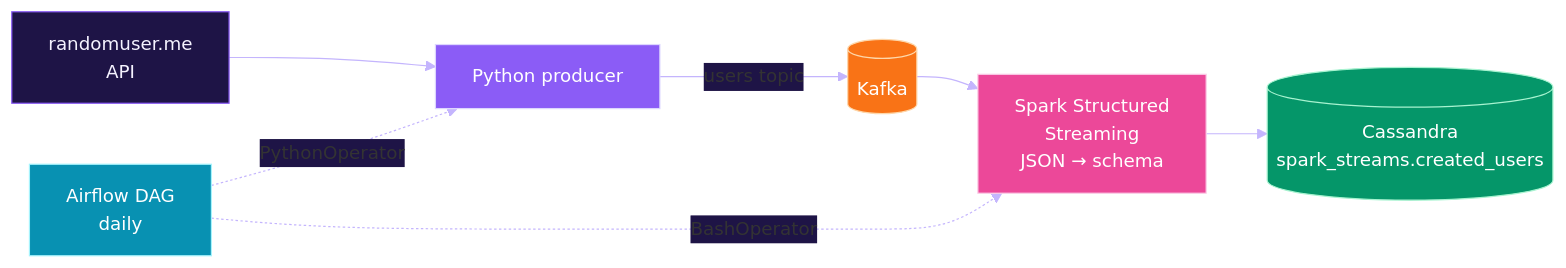
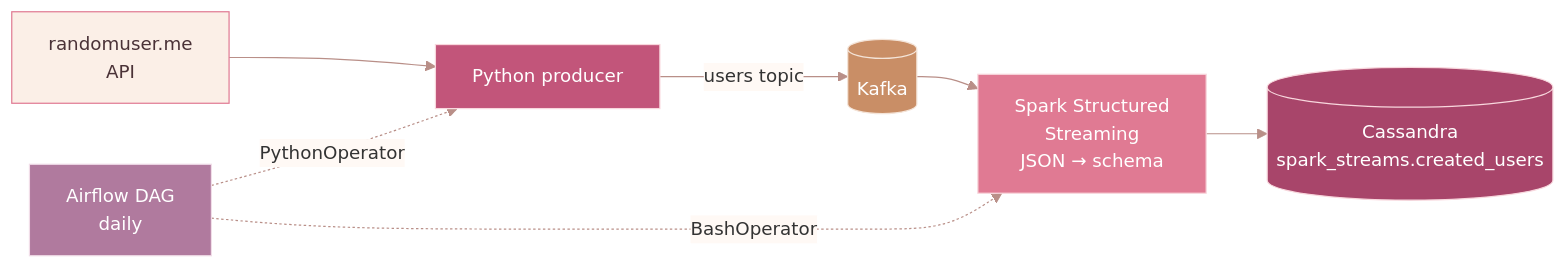
The third of 5 diagrams in README.md (itzzshut/itzzshut), drawn with Mermaid before and after one commit. The commit also changed other lines of this file and 7 other files, not shown here.

````diff
--- a/README.md
+++ b/README.md
@@ -180,16 +165,16 @@
 ```mermaid
-%%{init: {"theme":"base","themeVariables":{"lineColor":"#C4B5FD","edgeLabelBackground":"#1E1446","fontSize":"15px"}}}%%
+%%{init: {"theme":"base","themeVariables":{"lineColor":"#B98F88","edgeLabelBackground":"#FFF9F5","fontSize":"15px"}}}%%
 flowchart LR
     API["randomuser.me<br>API"] --> P["Python producer"]
     P -->|users topic| K[("Kafka")]
     K --> S["Spark Structured<br>Streaming<br>JSON → schema"]
     S --> C[("Cassandra<br>spark_streams.created_users")]
     AF["Airflow DAG<br>daily"] -.->|PythonOperator| P
     AF -.->|BashOperator| S
-    style API fill:#1E1446,stroke:#8B5CF6,color:#F5F3FF
-    style P fill:#8B5CF6,stroke:#DDD6FE,color:#FFFFFF
-    style K fill:#F97316,stroke:#FED7AA,color:#FFFFFF
-    style S fill:#EC4899,stroke:#FBCFE8,color:#FFFFFF
-    style C fill:#059669,stroke:#A7F3D0,color:#FFFFFF
-    style AF fill:#0891B2,stroke:#A5F3FC,color:#FFFFFF
+    style API fill:#FBEFE7,stroke:#E07A93,color:#4A3237
+    style P fill:#C2557A,stroke:#F8D7DD,color:#FFFFFF
+    style K fill:#C98E66,stroke:#F4E4D8,color:#FFFFFF
+    style S fill:#E07A93,stroke:#F8D7DD,color:#FFFFFF
+    style C fill:#A8456A,stroke:#F8D7DD,color:#FFFFFF
+    style AF fill:#B07A9E,stroke:#F1DDE8,color:#FFFFFF
 ```
````
